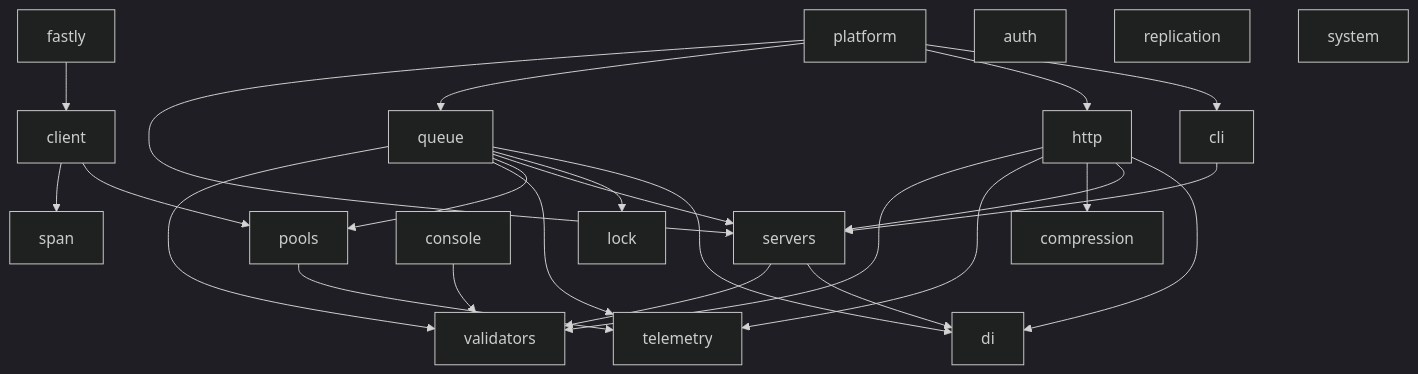
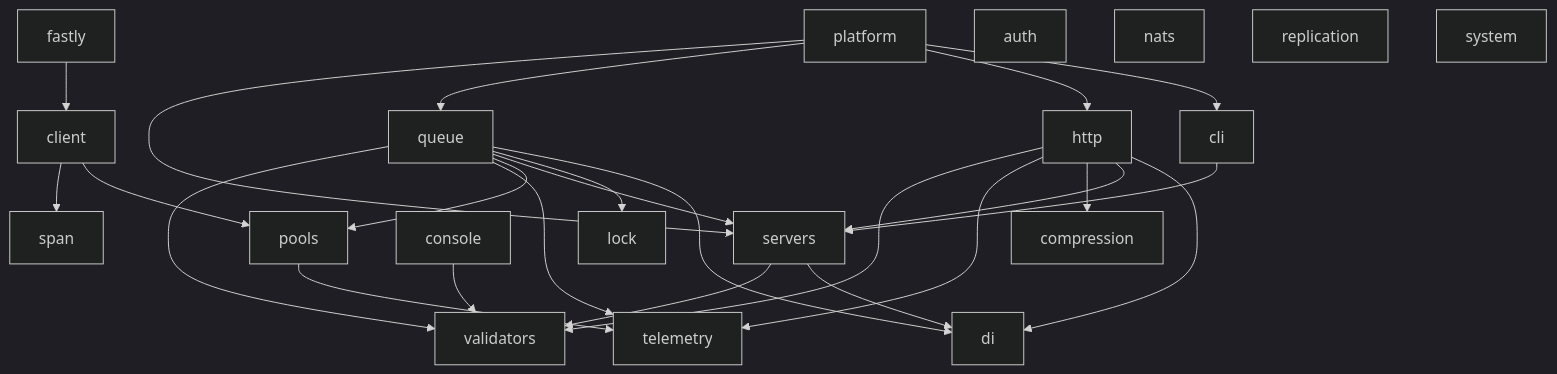
Before and after one commit to utopia-php/monorepo: the diagram in README.md, drawn with Mermaid (dark theme). The commit also changed 54 other files, not shown here.

````diff
--- a/README.md
+++ b/README.md
@@ -46,29 +46,30 @@
 ```mermaid
 graph TD
     cli --> servers
     client --> pools
     client --> span
     console --> validators
     fastly --> client
     http --> di
     http --> servers
     http --> compression
     http --> telemetry
     http --> validators
     platform --> cli
     platform --> http
     platform --> queue
     platform --> servers
     pools --> telemetry
     queue --> di
     queue --> lock
     queue --> servers
     queue --> pools
     queue --> telemetry
     queue --> validators
     servers --> di
     servers --> validators
     auth
+    nats
     replication
     system
 ```
````
